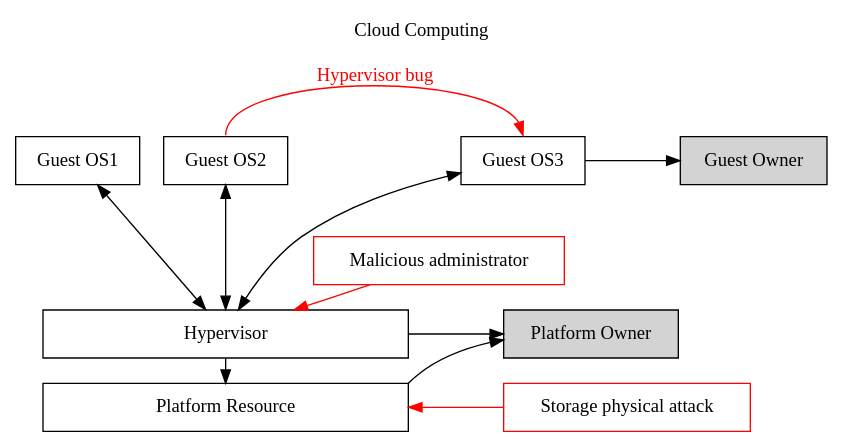
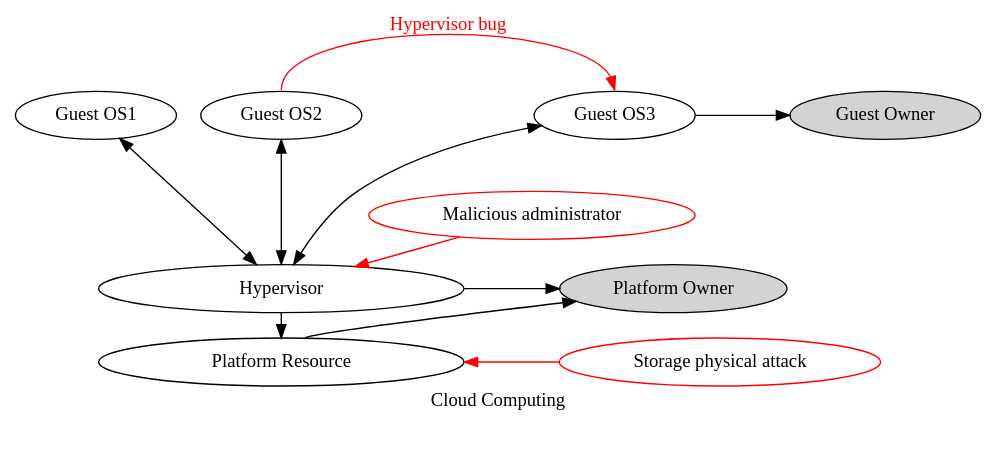
One commit to fengharry/draw changed the diagram in cloud_attack.gv. Above: the diagram before and after it, drawn with Graphviz. The commit also changed 17 other files, not shown here.

```diff
--- a/cloud_attack.gv
+++ b/cloud_attack.gv
@@ -1,31 +1,29 @@
-digraph cloud_owner{
-	node[shape = box];
-	label = "Cloud Computing\n "; labelloc = t;
-	ranksep = 0.25;
+digraph hello{
+	graph[label = "Cloud Computing\n "; ranksep = 0.25];
 
 	guest_os1[label = "Guest OS1"];
 	guest_os2[label = "Guest OS2"];
 	guest_os3[label = "Guest OS3"];	
 	hypervisor[label = "Hypervisor"; width = 3.8];
 	platform_resource[label = "Platform Resource"; width = 3.8];
 	guest_owner[label = "Guest Owner"; width = 1.5; style = filled];
 	platform_owner[label = "Platform Owner"; style = filled];
 
 	guest_os1 -> hypervisor[dir = both; minlen = 3;];
 	guest_os2 -> hypervisor[dir = both; minlen = 3; weight = 8;];
 	guest_os3 -> hypervisor[dir = both; minlen = 3;];
 	hypervisor -> platform_resource[weight = 8];
 
 	{rank = same; guest_os3 -> guest_owner[minlen = 2]}	
 	{rank = same; hypervisor -> platform_owner[minlen = 2;]}
 
 	platform_resource -> platform_owner[tailport = ne;];
 
 	malicious_hypervisor[label = "Malicious administrator"; color = red];
 	physical_attack[label = "Storage physical attack"; color = red];
 
 	{rank = same; guest_os2 -> guest_os3[color = red; label = "Hypervisor bug"; fontcolor = red; tailport = n; headport = n];}
 	malicious_hypervisor -> hypervisor[color = red];
 	{rank =same; platform_resource -> physical_attack[dir = back; minlen = 2; color = red;];}
 
 }
```
